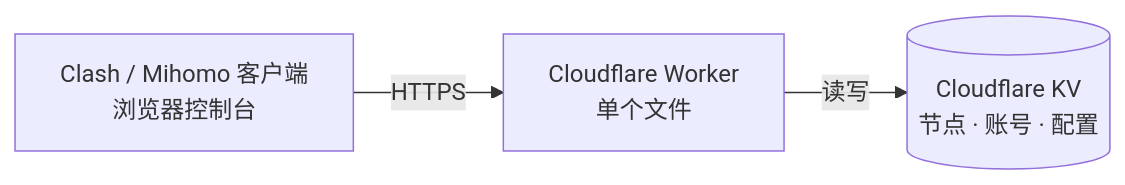
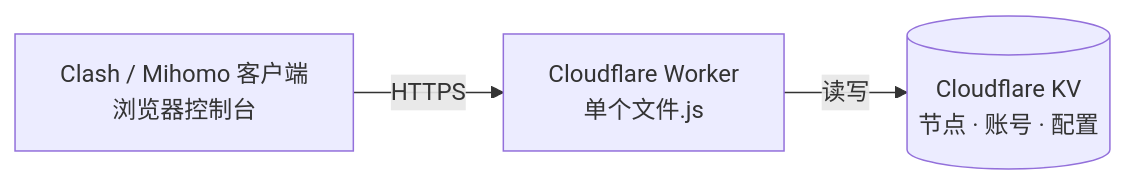
One commit to jinhuaitao/Clash changed the diagram in README.md. Above: the diagram before and after it, drawn with Mermaid. The commit also changed other lines of this file and 3 other files, not shown here.

````diff
--- a/README.md
+++ b/README.md
@@ -29,5 +29,5 @@
 ```mermaid
 flowchart LR
-    C["Clash / Mihomo 客户端<br/>浏览器控制台"] -->|"HTTPS"| W["Cloudflare Worker<br/>单个文件"]
+    C["Clash / Mihomo 客户端<br/>浏览器控制台"] -->|"HTTPS"| W["Cloudflare Worker<br/>单个文件.js"]
     W -->|"读写"| K[("Cloudflare KV<br/>节点 · 账号 · 配置")]
 ```
````
